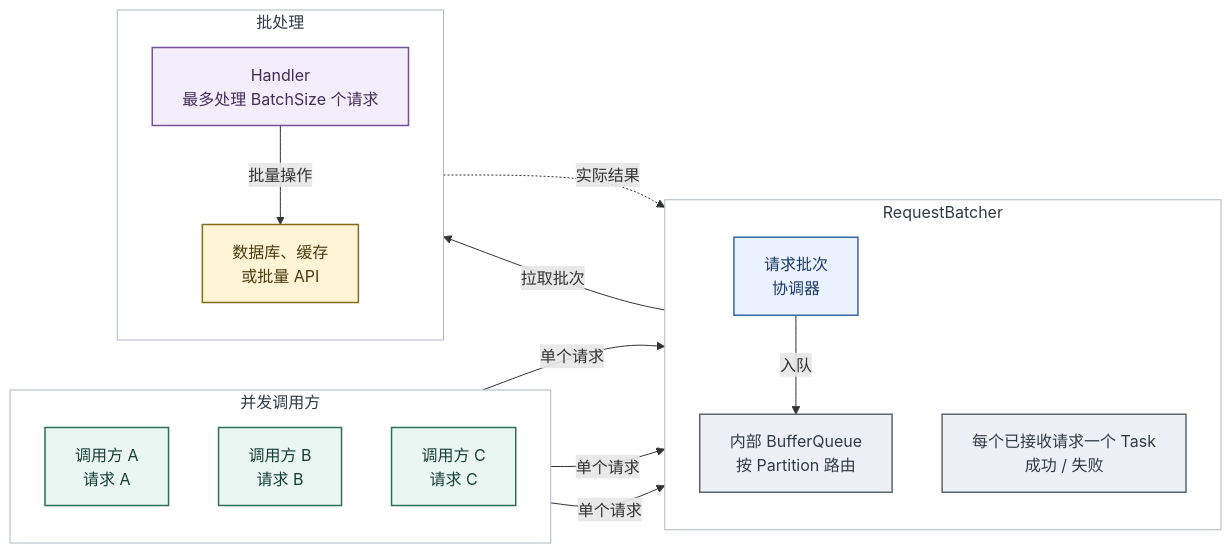
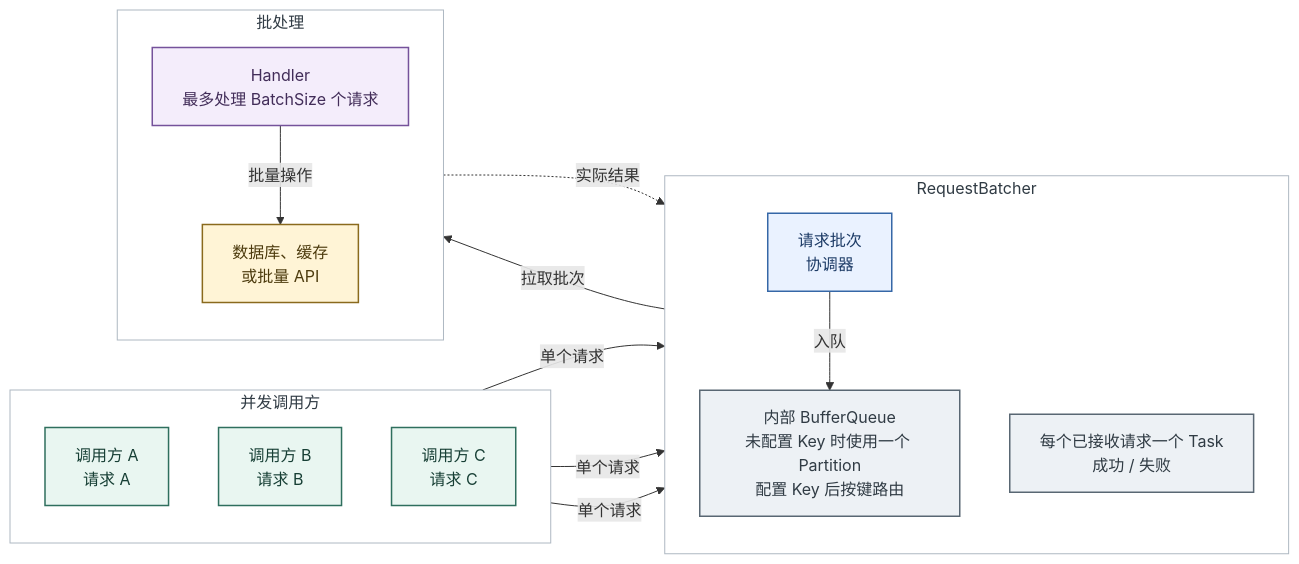
The diagram in docs/assets/request-batcher-architecture.zh-CN.mmd (eventhorizon-cli/RequestBatcher), drawn with Mermaid before and after one commit. The commit also changed 39 other files, not shown here.

Commit message:
Prepare 0.0.7: upgrade BufferQueue and use one unkeyed partition

```diff
--- a/docs/assets/request-batcher-architecture.zh-CN.mmd
+++ b/docs/assets/request-batcher-architecture.zh-CN.mmd
@@ -1,43 +1,43 @@
 flowchart LR
     subgraph callers["并发调用方"]
         direction TB
         callerA["调用方 A<br/>请求 A"]
         callerB["调用方 B<br/>请求 B"]
         callerC["调用方 C<br/>请求 C"]
     end
 
     subgraph requestBatcher["RequestBatcher"]
         direction TB
         coordinator["请求批次<br/>协调器"]
-        queue["内部 BufferQueue<br/>按 Partition 路由"]
+        queue["内部 BufferQueue<br/>未配置 Key 时使用一个 Partition<br/>配置 Key 后按键路由"]
         completion["每个已接收请求一个 Task<br/>成功 / 失败"]
         coordinator -->|入队| queue
     end
 
     subgraph processing["批处理"]
         direction TB
         handler["Handler<br/>最多处理 BatchSize 个请求"]
         downstream["数据库、缓存<br/>或批量 API"]
         handler -->|批量操作| downstream
     end
 
     callerA -->|单个请求| coordinator
     callerB -->|单个请求| coordinator
     callerC -->|单个请求| coordinator
     queue -->|拉取批次| handler
     handler -.->|实际结果| completion
 
     class callerA,callerB,callerC client
     class coordinator gateway
     class queue,completion core
     class handler handler
     class downstream storage
 
     classDef client fill:#e9f6f1,stroke:#2f6f5e,color:#173f35,stroke-width:1.5px
     classDef gateway fill:#eaf2ff,stroke:#3567a7,color:#1d3b66,stroke-width:1.5px
     classDef core fill:#edf1f5,stroke:#596773,color:#303b44,stroke-width:1.5px
     classDef storage fill:#fff4d6,stroke:#8a6a1d,color:#4d3b0e,stroke-width:1.5px
     classDef handler fill:#f4edfb,stroke:#75529b,color:#422d59,stroke-width:1.5px
     style callers fill:#ffffff,stroke:#aeb8c2,color:#303b44,stroke-width:1px
     style requestBatcher fill:#ffffff,stroke:#aeb8c2,color:#303b44,stroke-width:1px
     style processing fill:#ffffff,stroke:#aeb8c2,color:#303b44,stroke-width:1px
```
